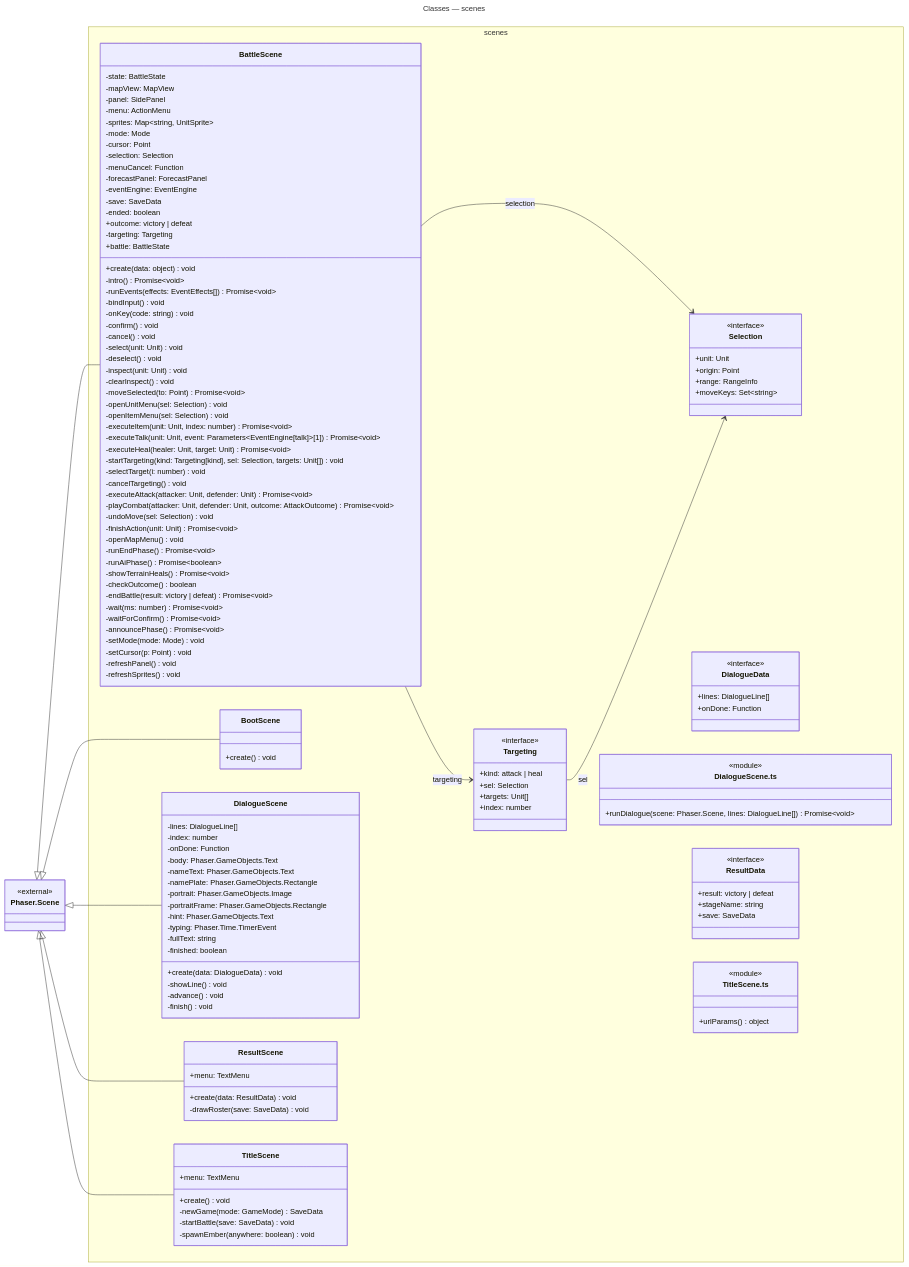
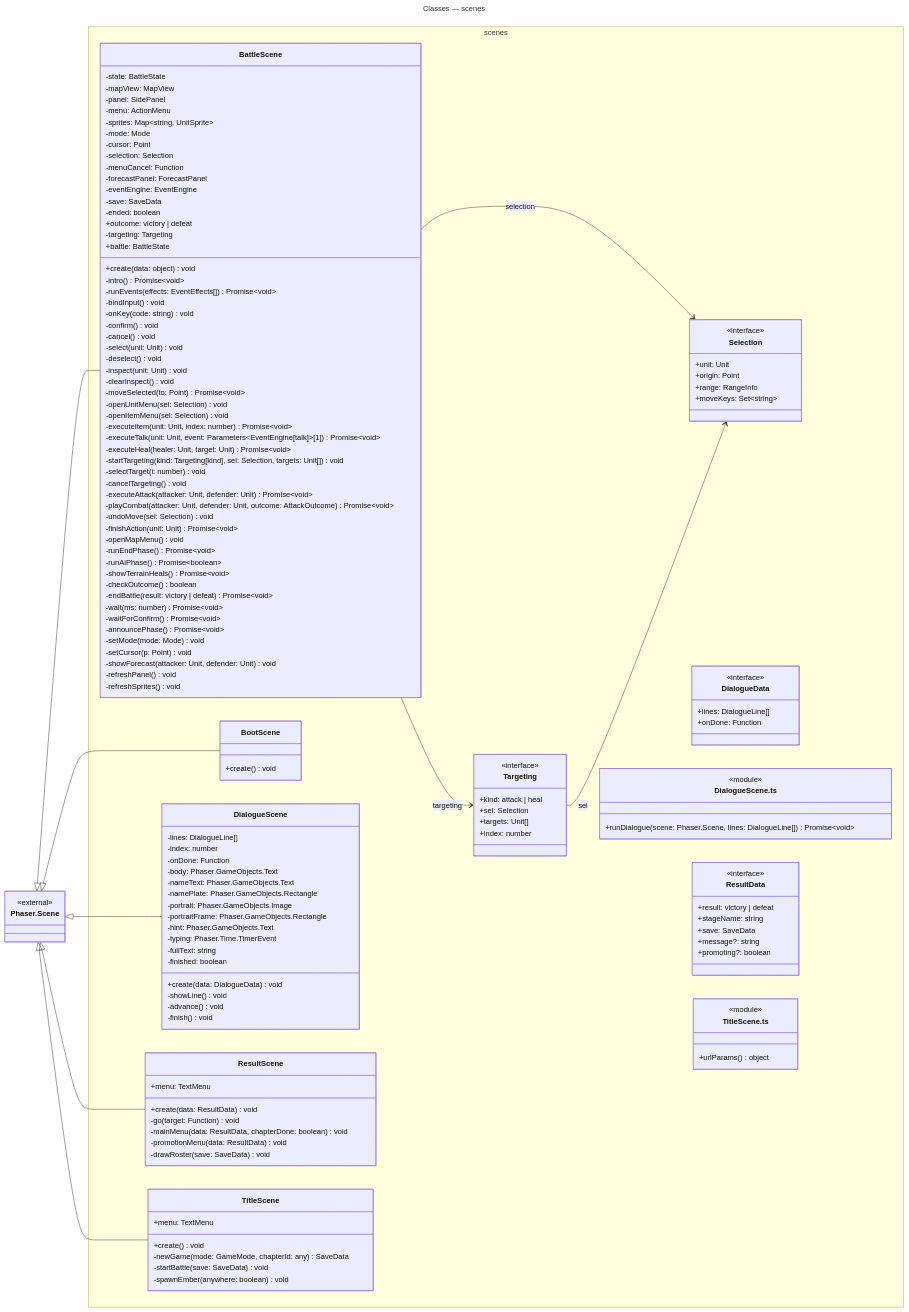
Before and after one commit to Pitossomos/fire-crest: the sixth of 6 diagrams in docs/diagrams/classes.md, drawn with Mermaid. The commit also changed other lines of this file and 28 other files, not shown here.

```diff
--- a/docs/diagrams/classes.md
+++ b/docs/diagrams/classes.md
@@ -1143,6 +1149,7 @@
       -announcePhase() Promise~void~
       -setMode(mode: Mode) void
       -setCursor(p: Point) void
+      -showForecast(attacker: Unit, defender: Unit) void
       -refreshPanel() void
       -refreshSprites() void
     }
@@ -1193,6 +1200,9 @@
     class ResultScene {
       +menu: TextMenu
       +create(data: ResultData) void
+      -go(target: Function) void
+      -mainMenu(data: ResultData, chapterDone: boolean) void
+      -promotionMenu(data: ResultData) void
       -drawRoster(save: SaveData) void
     }
     class ResultData {
@@ -1200,11 +1210,13 @@
       +result: victory | defeat
       +stageName: string
       +save: SaveData
+      +message?: string
+      +promoting?: boolean
     }
     class TitleScene {
       +menu: TextMenu
       +create() void
-      -newGame(mode: GameMode) SaveData
+      -newGame(mode: GameMode, chapterId: any) SaveData
       -startBattle(save: SaveData) void
       -spawnEmber(anywhere: boolean) void
     }
```
